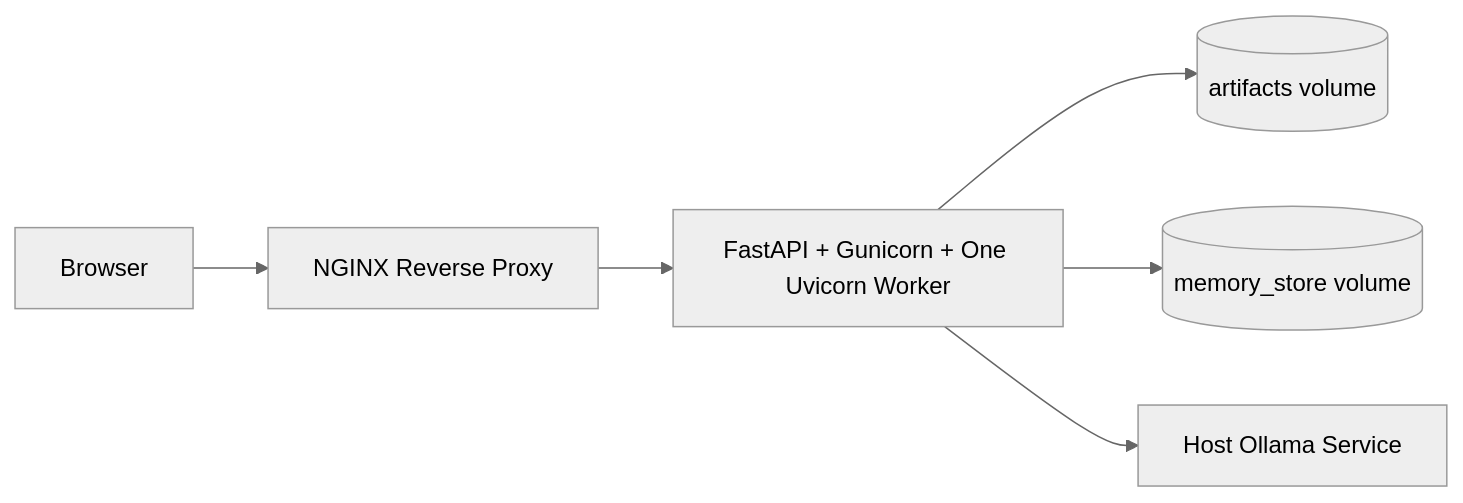
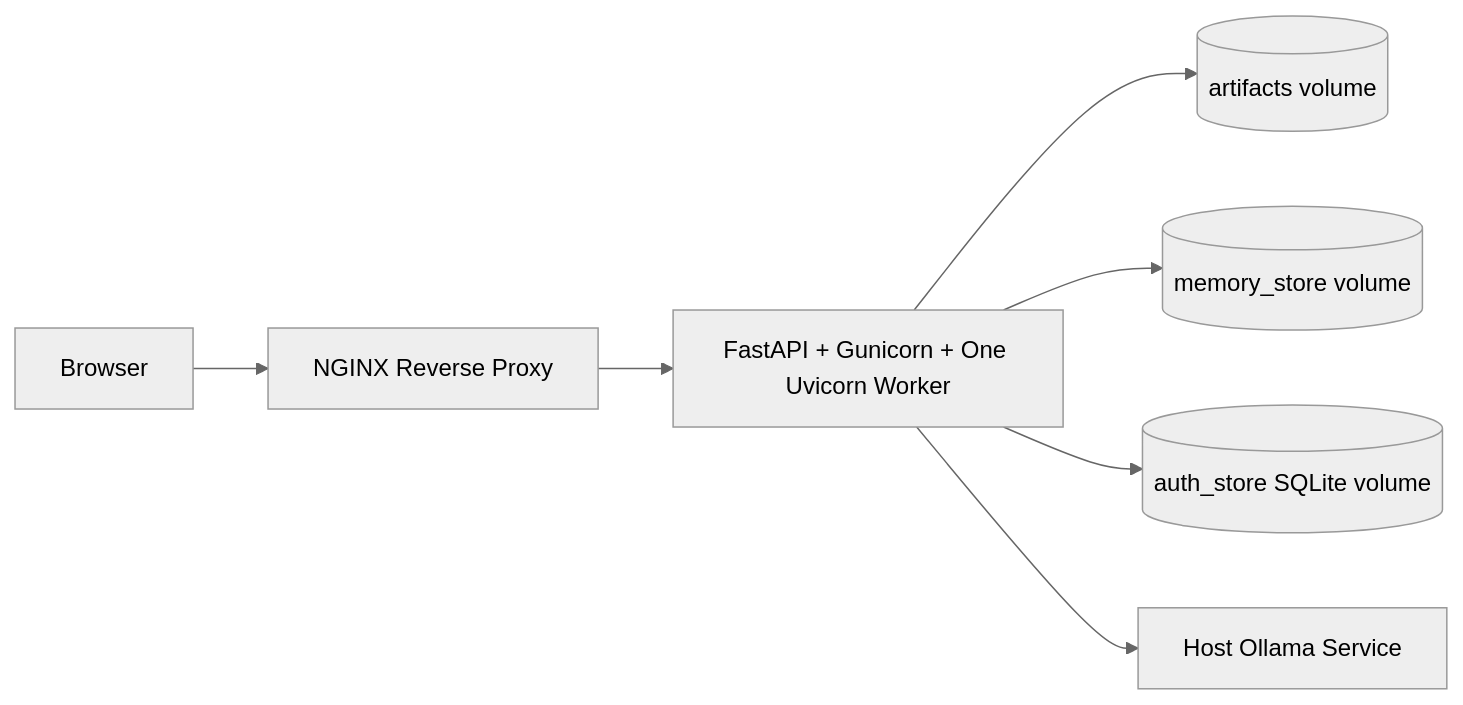
One commit to nexusBL/SentinelAI changed the diagram in docs/DEPLOYMENT.md. Above: the diagram before and after it, drawn with Mermaid (neutral theme). The commit also changed other lines of this file and 32 other files, not shown here.

````diff
--- a/docs/DEPLOYMENT.md
+++ b/docs/DEPLOYMENT.md
@@ -7,8 +7,9 @@
 ```mermaid
 flowchart LR
     Browser[Browser] --> Nginx[NGINX Reverse Proxy]
     Nginx --> App[FastAPI + Gunicorn + One Uvicorn Worker]
     App --> Artifacts[(artifacts volume)]
     App --> Memory[(memory_store volume)]
+    App --> Auth[(auth_store SQLite volume)]
     App --> Ollama[Host Ollama Service]
 ```
````
